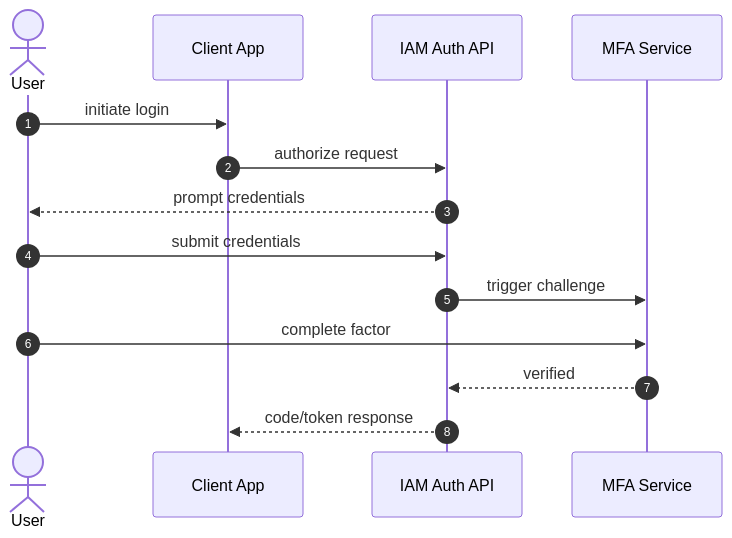
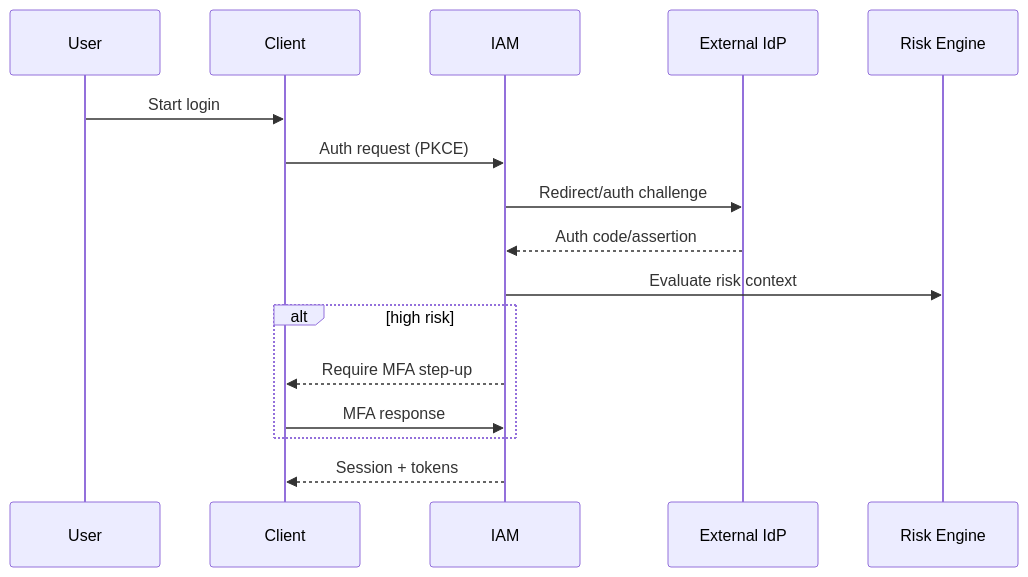
One commit to 0Ankit0/Project-Ideas changed the first of 2 diagrams in Identity and Access Management Platform/high-level-design/system-sequence-diagrams.md. Above: the diagram before and after it, drawn with Mermaid. The commit also changed other lines of this file and 37 other files, not shown here.

````diff
--- a/Identity and Access Management Platform/high-level-design/system-sequence-diagrams.md
+++ b/Identity and Access Management Platform/high-level-design/system-sequence-diagrams.md
@@ -4,17 +4,19 @@
 ```mermaid
 sequenceDiagram
-    autonumber
-    actor U as User
-    participant App as Client App
-    participant IAM as IAM Auth API
-    participant MFA as MFA Service
+    participant U as User
+    participant C as Client
+    participant I as IAM
+    participant P as External IdP
+    participant R as Risk Engine
 
-    U->>App: initiate login
-    App->>IAM: authorize request
-    IAM-->>U: prompt credentials
-    U->>IAM: submit credentials
-    IAM->>MFA: trigger challenge
-    U->>MFA: complete factor
-    MFA-->>IAM: verified
-    IAM-->>App: code/token response
+    U->>C: Start login
+    C->>I: Auth request (PKCE)
+    I->>P: Redirect/auth challenge
+    P-->>I: Auth code/assertion
+    I->>R: Evaluate risk context
+    alt high risk
+      I-->>C: Require MFA step-up
+      C->>I: MFA response
+    end
+    I-->>C: Session + tokens
 ```
````
